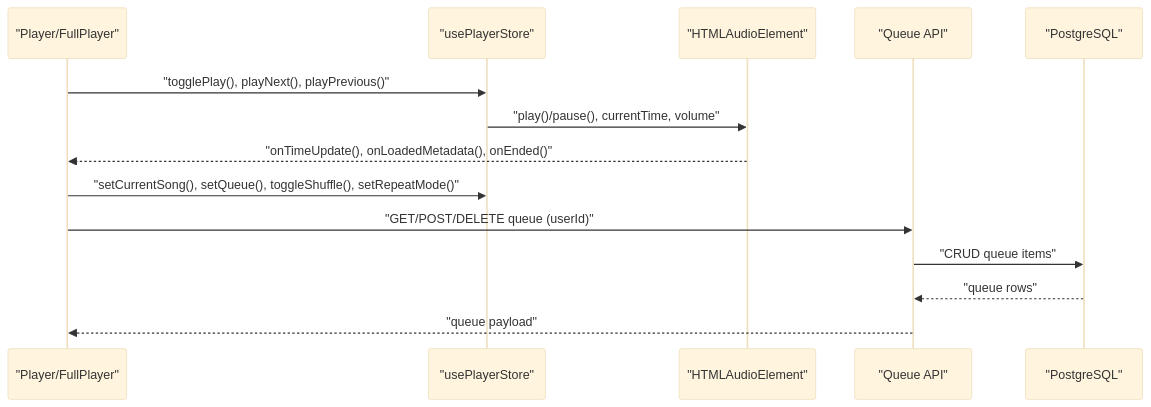
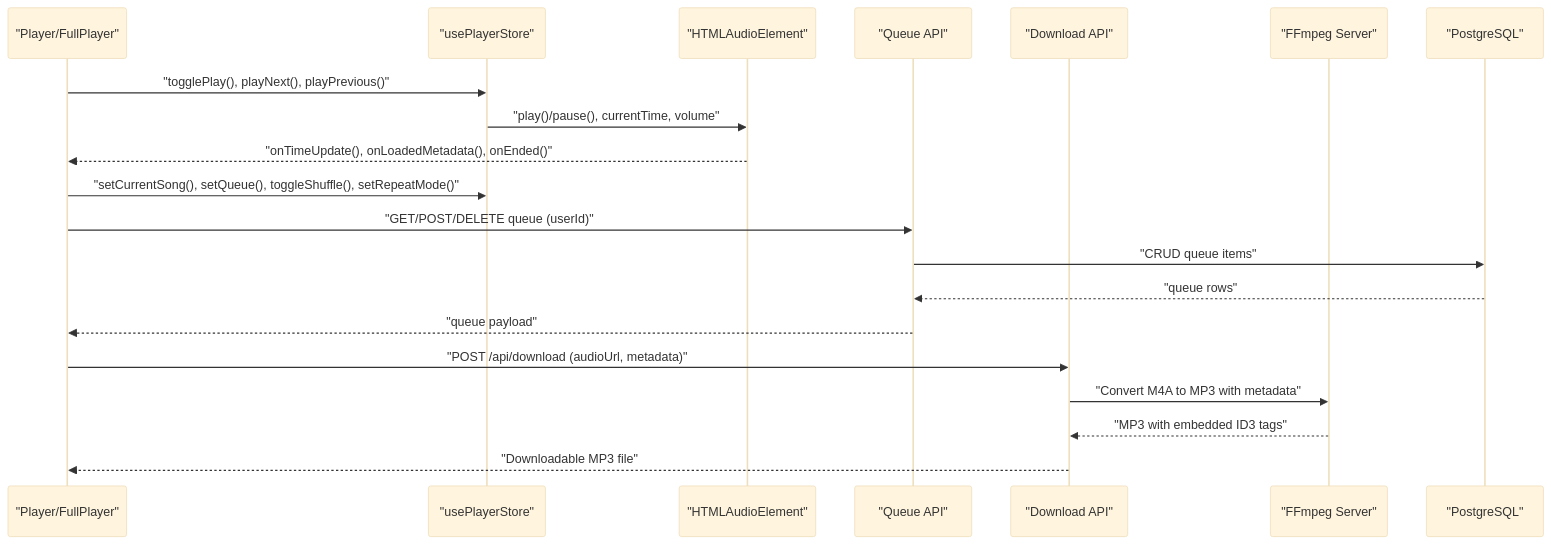
The second of 9 diagrams in .qoder/repowiki/en/content/Core Features/Audio Player.md (moindestiny/SonicStream), drawn with Mermaid (base theme) before and after one commit. The commit also changed other lines of this file and 12 other files, not shown here.

````diff
--- a/.qoder/repowiki/en/content/Core Features/Audio Player.md
+++ b/.qoder/repowiki/en/content/Core Features/Audio Player.md
@@ -116,16 +136,22 @@
 ```mermaid
 sequenceDiagram
 participant UI as "Player/FullPlayer"
 participant Store as "usePlayerStore"
 participant Audio as "HTMLAudioElement"
 participant API as "Queue API"
+participant DownloadAPI as "Download API"
+participant FFmpeg as "FFmpeg Server"
 participant DB as "PostgreSQL"
 UI->>Store : "togglePlay(), playNext(), playPrevious()"
 Store->>Audio : "play()/pause(), currentTime, volume"
 Audio-->>UI : "onTimeUpdate(), onLoadedMetadata(), onEnded()"
 UI->>Store : "setCurrentSong(), setQueue(), toggleShuffle(), setRepeatMode()"
 UI->>API : "GET/POST/DELETE queue (userId)"
 API->>DB : "CRUD queue items"
 DB-->>API : "queue rows"
 API-->>UI : "queue payload"
+UI->>DownloadAPI : "POST /api/download (audioUrl, metadata)"
+DownloadAPI->>FFmpeg : "Convert M4A to MP3 with metadata"
+FFmpeg-->>DownloadAPI : "MP3 with embedded ID3 tags"
+DownloadAPI-->>UI : "Downloadable MP3 file"
 ```
````
